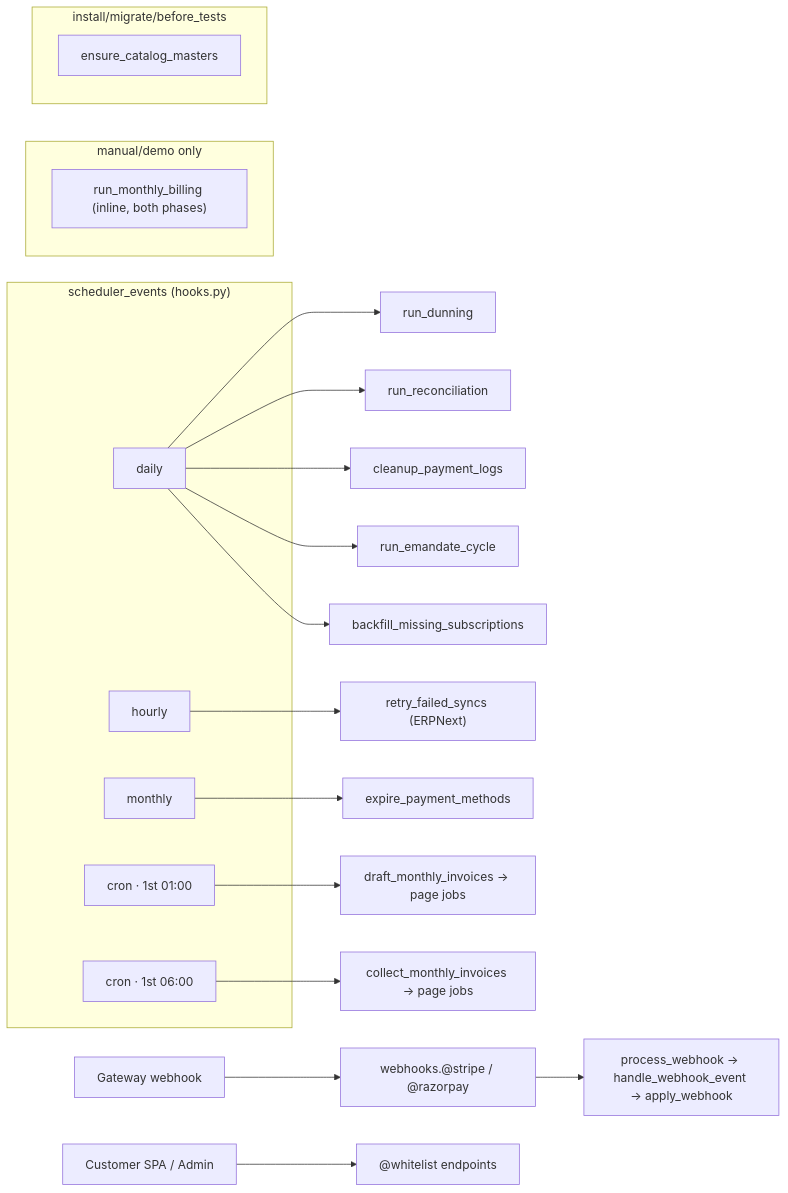
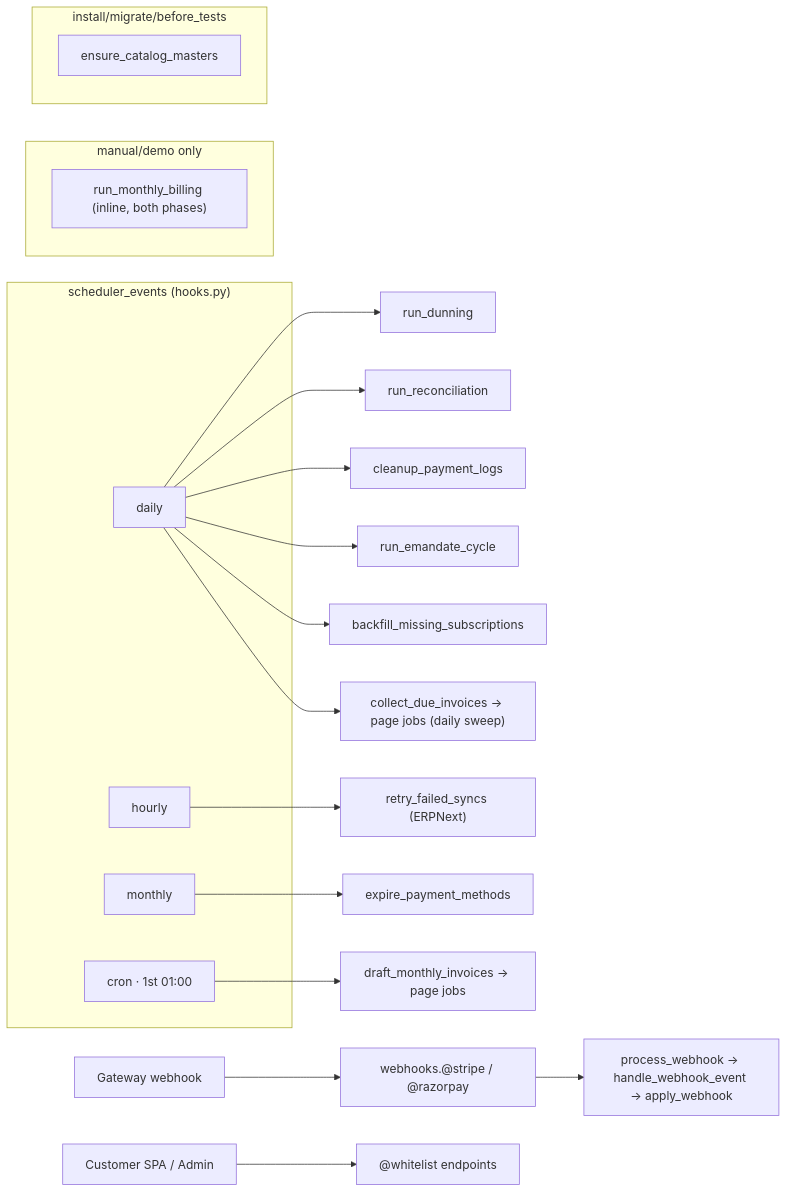
Before and after one commit to frappe/central: the third of 8 diagrams in central/billing/ARCHITECTURE.md, drawn with Mermaid. The commit also changed other lines of this file and 4 other files, not shown here.

First line of the commit message:
billing: collect on a daily sweep, not a one-shot tick 5h after drafting

````diff
--- a/central/billing/ARCHITECTURE.md
+++ b/central/billing/ARCHITECTURE.md
@@ -161,31 +161,30 @@
 ```mermaid
 flowchart LR
     subgraph SCHED["scheduler_events (hooks.py)"]
         D1["daily"]
         H1["hourly"]
         M1["monthly"]
         C1["cron · 1st 01:00"]
-        C2["cron · 1st 06:00"]
     end
     D1 --> RD["run_dunning"]
     D1 --> RR["run_reconciliation"]
     D1 --> CP["cleanup_payment_logs"]
     D1 --> EM["run_emandate_cycle"]
     D1 --> BF["backfill_missing_subscriptions"]
     H1 --> RF["retry_failed_syncs (ERPNext)"]
     M1 --> EX["expire_payment_methods"]
     C1 --> DMI["draft_monthly_invoices → page jobs"]
-    C2 --> CMI["collect_monthly_invoices → page jobs"]
+    D1 --> CDI["collect_due_invoices → page jobs (daily sweep)"]
 
     subgraph MANUAL["manual/demo only"]
         RMB["run_monthly_billing (inline, both phases)"]
     end
 
     subgraph INSTALL["install/migrate/before_tests"]
         ECM["ensure_catalog_masters"]
     end
 
     EXT["Gateway webhook"] --> WH["webhooks.@stripe / @razorpay"]
     WH --> PW["process_webhook → handle_webhook_event → apply_webhook"]
     UI["Customer SPA / Admin"] --> API["@whitelist endpoints"]
 ```
````
